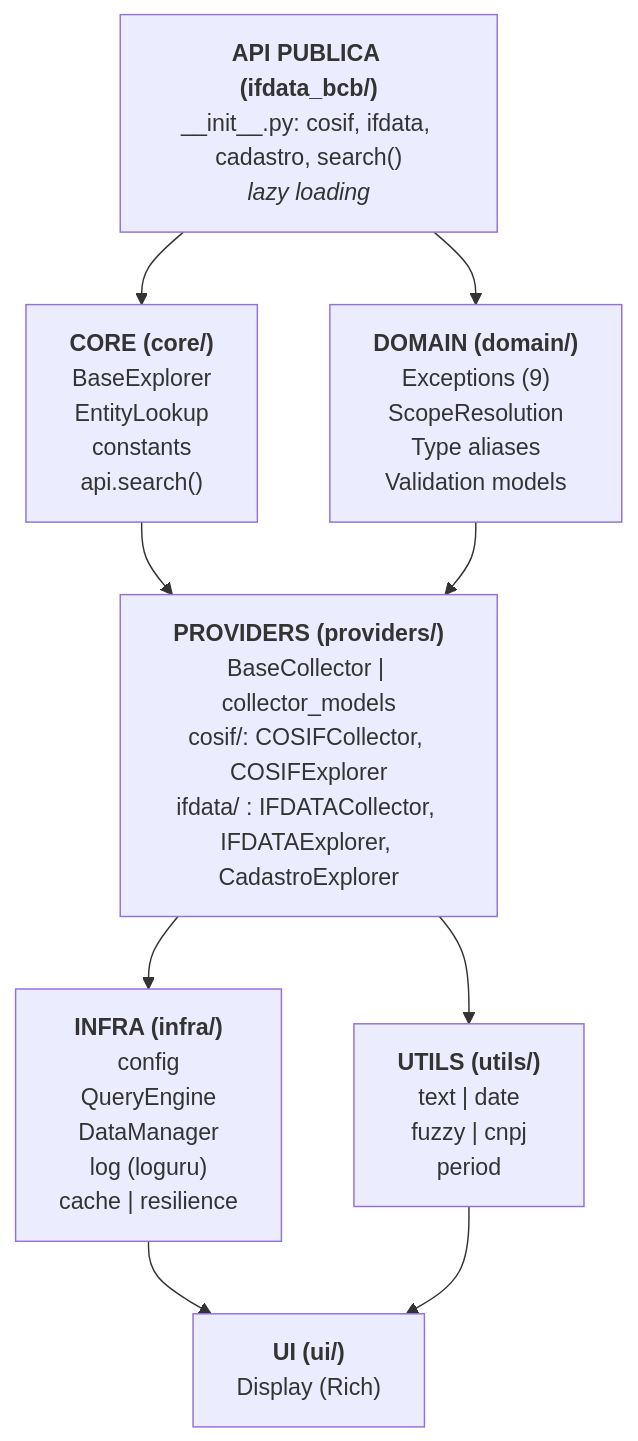
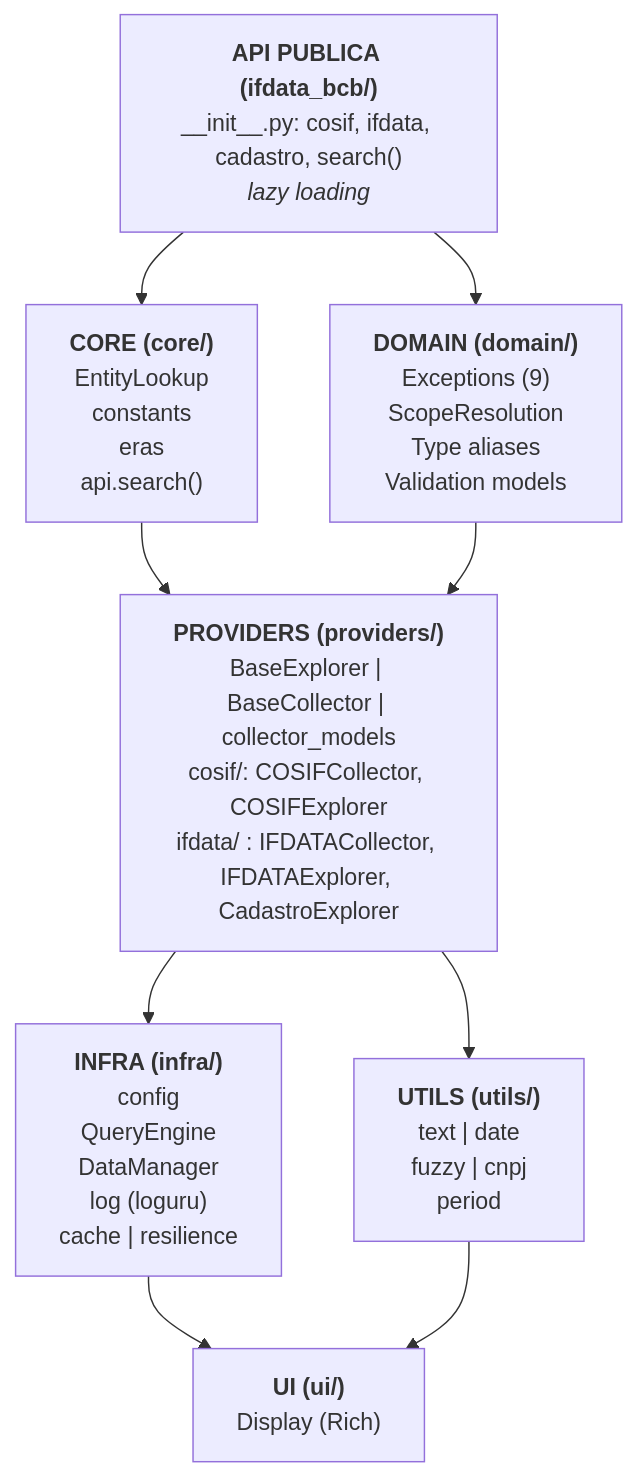
Before and after one commit to enzoomoreira/ifdata-bcb: the first of 2 diagrams in docs/internals/architecture.md, drawn with Mermaid. The commit also changed other lines of this file and 55 other files, not shown here.

First line of the commit message:
refactor!: decompose IFDATA explorer into modular architecture

````diff
--- a/docs/internals/architecture.md
+++ b/docs/internals/architecture.md
@@ -7,15 +7,15 @@
 ```mermaid
 graph TD
     API["<b>API PUBLICA (ifdata_bcb/)</b><br/>__init__.py: cosif, ifdata, cadastro, search()<br/><i>lazy loading</i>"]
-    CORE["<b>CORE (core/)</b><br/>BaseExplorer<br/>EntityLookup<br/>constants<br/>api.search()"]
+    CORE["<b>CORE (core/)</b><br/>EntityLookup<br/>constants<br/>eras<br/>api.search()"]
     DOMAIN["<b>DOMAIN (domain/)</b><br/>Exceptions (9)<br/>ScopeResolution<br/>Type aliases<br/>Validation models"]
-    PROVIDERS["<b>PROVIDERS (providers/)</b><br/>BaseCollector | collector_models<br/>cosif/: COSIFCollector, COSIFExplorer<br/>ifdata/ : IFDATACollector, IFDATAExplorer, CadastroExplorer"]
+    PROVIDERS["<b>PROVIDERS (providers/)</b><br/>BaseExplorer | BaseCollector | collector_models<br/>cosif/: COSIFCollector, COSIFExplorer<br/>ifdata/ : IFDATACollector, IFDATAExplorer, CadastroExplorer"]
     INFRA["<b>INFRA (infra/)</b><br/>config<br/>QueryEngine<br/>DataManager<br/>log (loguru)<br/>cache | resilience"]
     UTILS["<b>UTILS (utils/)</b><br/>text | date<br/>fuzzy | cnpj<br/>period"]
     UI["<b>UI (ui/)</b><br/>Display (Rich)"]
 
     API --> CORE & DOMAIN
     CORE & DOMAIN --> PROVIDERS
     PROVIDERS --> INFRA & UTILS
     INFRA & UTILS --> UI
 ```
````
